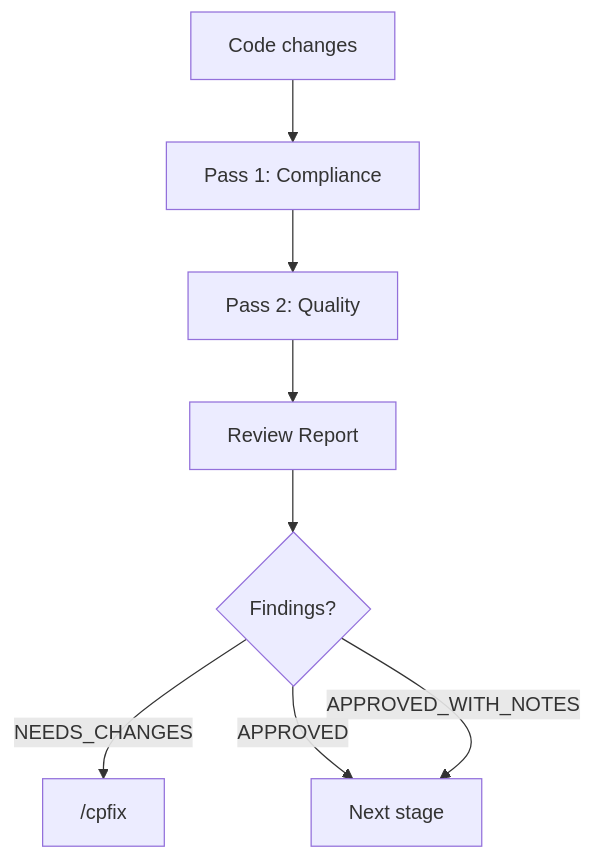
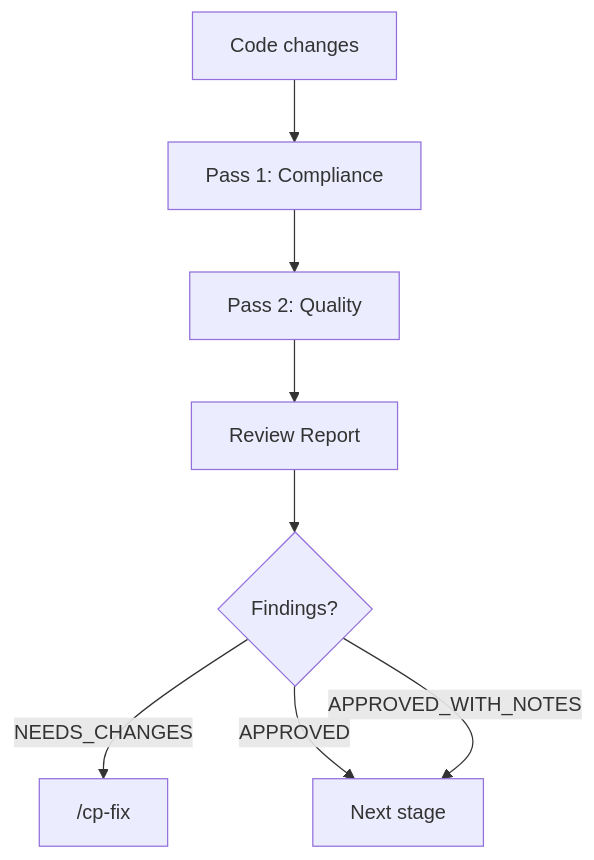
The diagram in .ai/docs/domains/review-system.md (unger1984/codepatrol), drawn with Mermaid before and after one commit. The commit also changed other lines of this file and 50 other files, not shown here.

````diff
--- a/.ai/docs/domains/review-system.md
+++ b/.ai/docs/domains/review-system.md
@@ -27,10 +27,10 @@
 ```mermaid
 flowchart TD
     CODE[Code changes] --> P1["Pass 1: Compliance"]
     P1 --> P2["Pass 2: Quality"]
     P2 --> REPORT[Review Report]
     REPORT --> DECIDE{Findings?}
-    DECIDE -->|NEEDS_CHANGES| FIX["/cpfix"]
+    DECIDE -->|NEEDS_CHANGES| FIX["/cp-fix"]
     DECIDE -->|APPROVED| NEXT[Next stage]
     DECIDE -->|APPROVED_WITH_NOTES| NEXT
 ```
````
